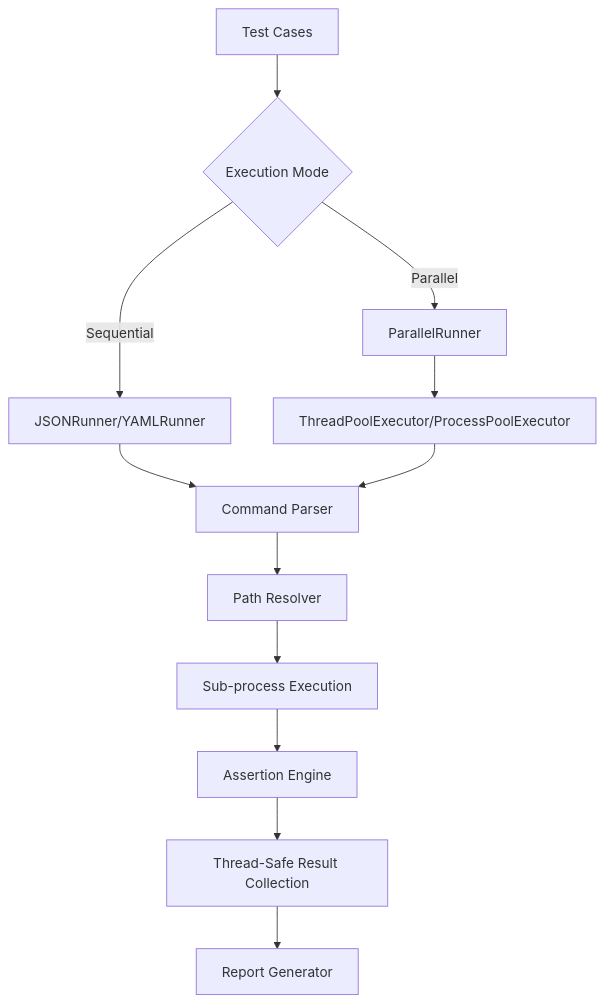
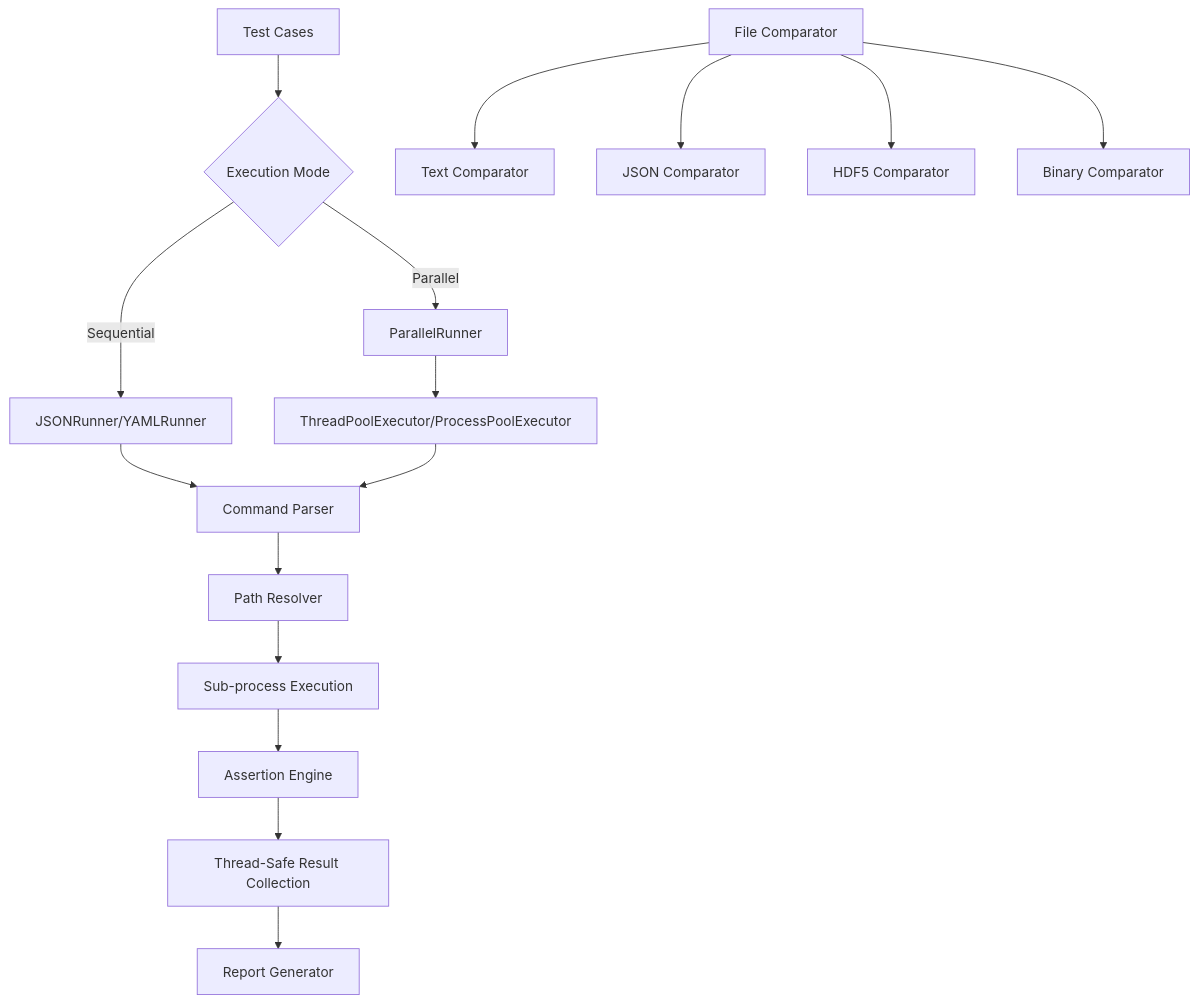
The diagram in README.md (ozil111/cli-test-framework), drawn with Mermaid before and after one commit. The commit also changed other lines of this file and 41 other files, not shown here.

First line of the commit message:
feat: Implement JSON, XML, and text file comparators (#1)

````diff
--- a/README.md
+++ b/README.md
@@ -172,14 +160,18 @@
 ```mermaid
 graph TD
     A[Test Cases] --> B{Execution Mode}
     B -->|Sequential| C[JSONRunner/YAMLRunner]
     B -->|Parallel| D[ParallelRunner]
     D --> E[ThreadPoolExecutor/ProcessPoolExecutor]
     C --> F[Command Parser]
     E --> F
     F --> G[Path Resolver]
     G --> H[Sub-process Execution]
     H --> I[Assertion Engine]
     I --> J[Thread-Safe Result Collection]
     J --> K[Report Generator]
+    L[File Comparator] --> M[Text Comparator]
+    L --> N[JSON Comparator]
+    L --> O[HDF5 Comparator]
+    L --> P[Binary Comparator]
 ```
````
